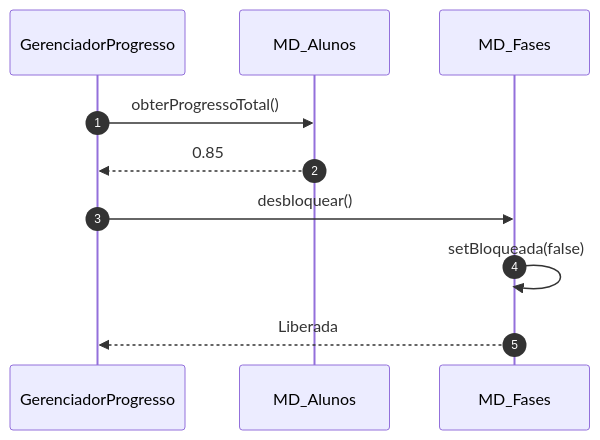
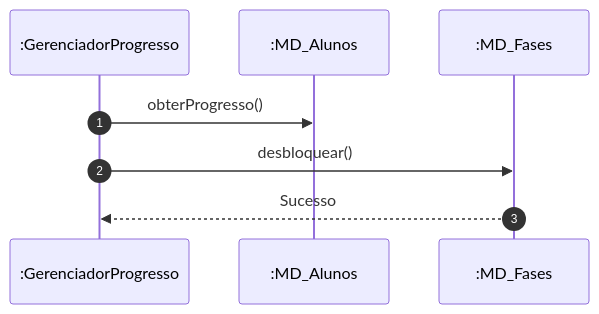
Before and after one commit to MayconDIS/PIM_III-Documentacao_UML: the second of 2 diagrams in PIM_III/02_Modelagem_UML_Astah/UC13_Desbloquear_Fases_Modulos/README.md, drawn with Mermaid. The commit also changed other lines of this file and 17 other files, not shown here.

````diff
--- a/PIM_III/02_Modelagem_UML_Astah/UC13_Desbloquear_Fases_Modulos/README.md
+++ b/PIM_III/02_Modelagem_UML_Astah/UC13_Desbloquear_Fases_Modulos/README.md
@@ -44,12 +44,10 @@
 ```mermaid
 sequenceDiagram
     autonumber
-    participant M as GerenciadorProgresso
-    participant A as MD_Alunos
-    participant F as MD_Fases
-    M->>A: obterProgressoTotal()
-    A-->>M: 0.85
+    participant M as :GerenciadorProgresso
+    participant A as :MD_Alunos
+    participant F as :MD_Fases
+    M->>A: obterProgresso()
     M->>F: desbloquear()
-    F->>F: setBloqueada(false)
-    F-->>M: Liberada
+    F-->>M: Sucesso
 ```
````
